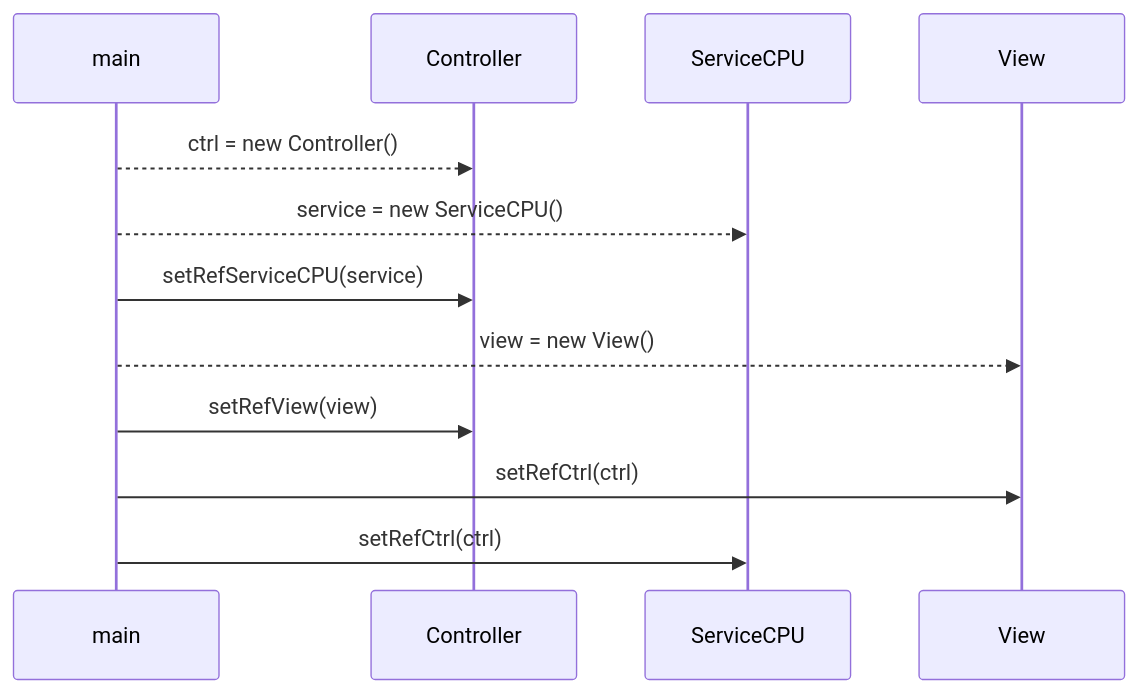
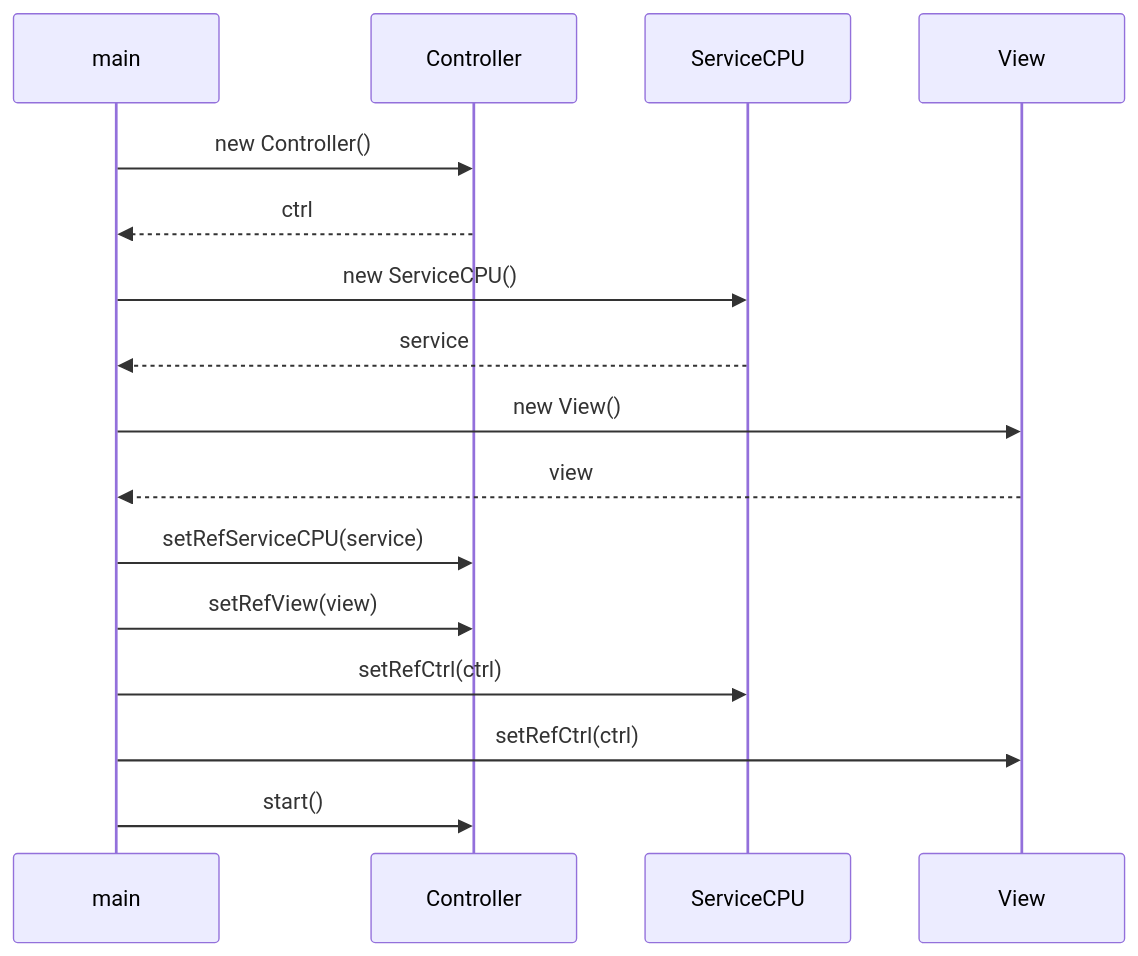
Before and after one commit to ramalhom/Ex03-Processeurs-Solution: the fourth of 4 diagrams in README.md, drawn with Mermaid. The commit also changed other lines of this file and 56 other files, not shown here.

````diff
--- a/README.md
+++ b/README.md
@@ -216,11 +245,15 @@
 ```mermaid
 sequenceDiagram
     participant main
-    main-->>Controller: ctrl = new Controller()
-    main-->>ServiceCPU: service = new ServiceCPU()
+    main->>Controller: new Controller()
+    Controller-->>main: ctrl
+    main->>ServiceCPU: new ServiceCPU()
+    ServiceCPU-->>main: service
+    main->>View: new View()
+    View-->>main: view
     main->>Controller: setRefServiceCPU(service)
-    main-->>View: view = new View()
     main->>Controller: setRefView(view)
+    main->>ServiceCPU: setRefCtrl(ctrl)
     main->>View: setRefCtrl(ctrl)
-    main->>ServiceCPU: setRefCtrl(ctrl)
+    main->>Controller: start()
 ```
````
